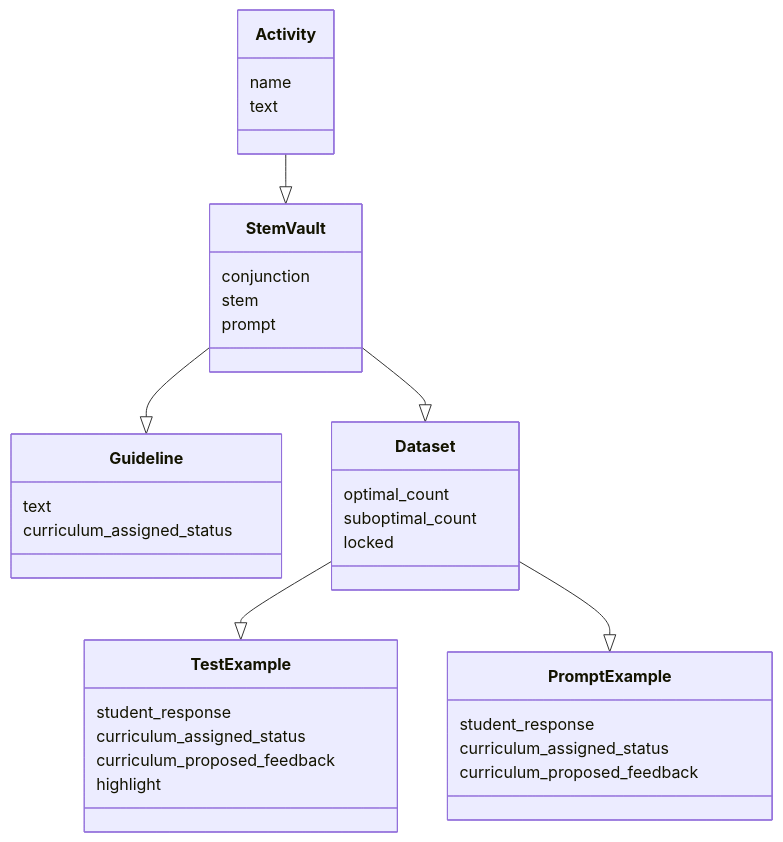
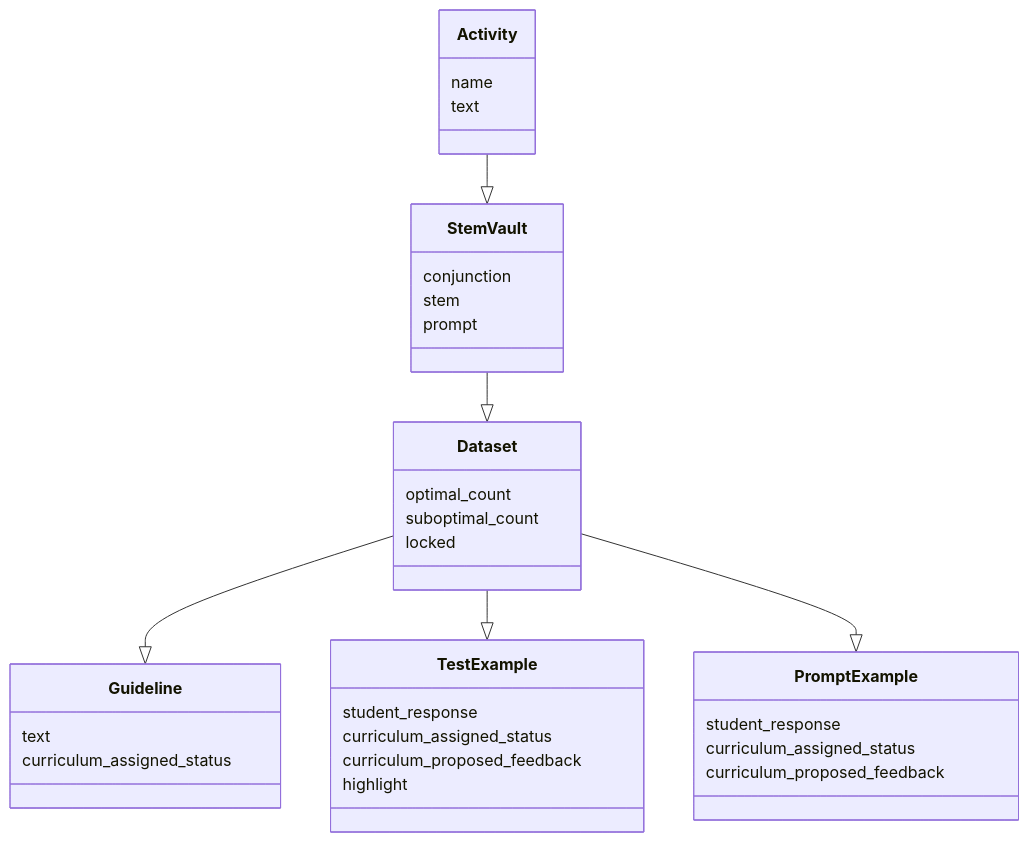
The first of 5 diagrams in services/QuillLMS/engines/evidence/app/models/evidence/research/readme.md (empirical-org/Empirical-Core), drawn with Mermaid before and after one commit. The commit also changed other lines of this file and 19 other files, not shown here.

Commit message:
Change StemVaultId to DatasetId in Guideline model

````diff
--- a/services/QuillLMS/engines/evidence/app/models/evidence/research/readme.md
+++ b/services/QuillLMS/engines/evidence/app/models/evidence/research/readme.md
@@ -7,37 +7,37 @@
 ```mermaid
 classDiagram
     class Activity {
          name
          text
     }
     class StemVault {
          conjunction
          stem
          prompt
     }
     class Guideline {
         text
         curriculum_assigned_status
     }
     class Dataset {
         optimal_count
         suboptimal_count
         locked
     }
     class TestExample {
           student_response
           curriculum_assigned_status
           curriculum_proposed_feedback
           highlight
     }
     class PromptExample {
           student_response
           curriculum_assigned_status
           curriculum_proposed_feedback
     }
     Activity --|> StemVault
-    StemVault --|> Guideline
     StemVault --|> Dataset
+    Dataset --|> Guideline
     Dataset --|> TestExample
     Dataset --|> PromptExample
 ```
````
